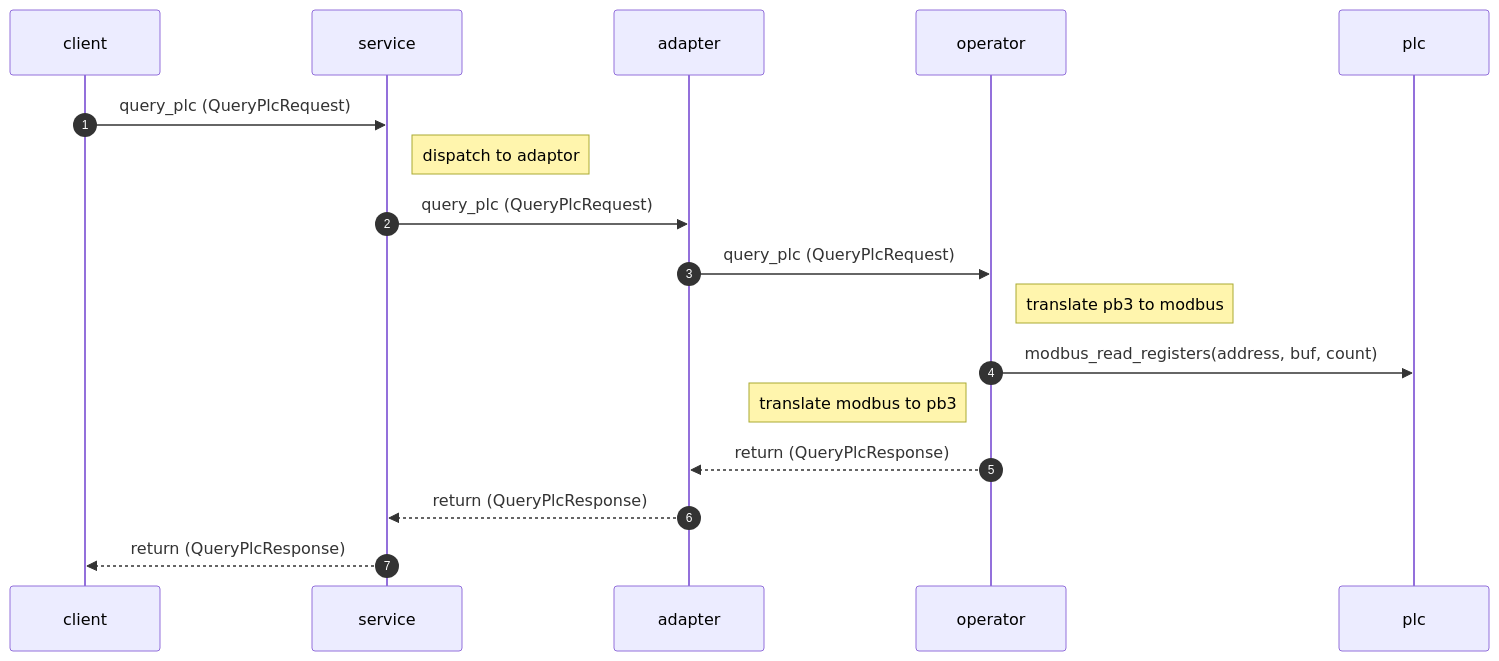
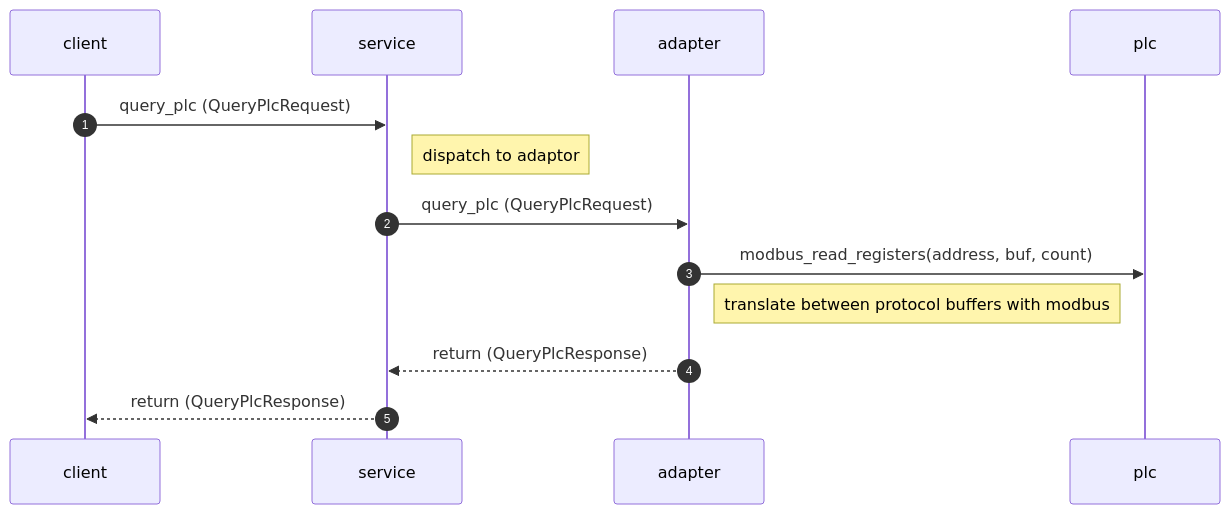
One commit to FutureOrientedGB/plc_control changed the sixth of 6 diagrams in README.md. Above: the diagram before and after it, drawn with Mermaid. The commit also changed other lines of this file and 3 other files, not shown here.

````diff
--- a/README.md
+++ b/README.md
@@ -75,20 +71,16 @@
 ```mermaid
 sequenceDiagram
     autonumber
     participant client
     participant service
     participant adapter
-    participant operator
     participant plc
 
 client->>service: query_plc (QueryPlcRequest)
 Note right of service: dispatch to adaptor
 service->>adapter: query_plc (QueryPlcRequest)
-adapter->>operator: query_plc (QueryPlcRequest)
-Note right of operator: translate pb3 to modbus
-operator->>plc: modbus_read_registers(address, buf, count)
-Note left of operator: translate modbus to pb3
-operator-->>adapter: return (QueryPlcResponse)
+adapter->>plc: modbus_read_registers(address, buf, count)
+Note right of adapter: translate between protocol buffers with modbus
 adapter-->>service: return (QueryPlcResponse)
 service-->>client: return (QueryPlcResponse)
 ```
````
